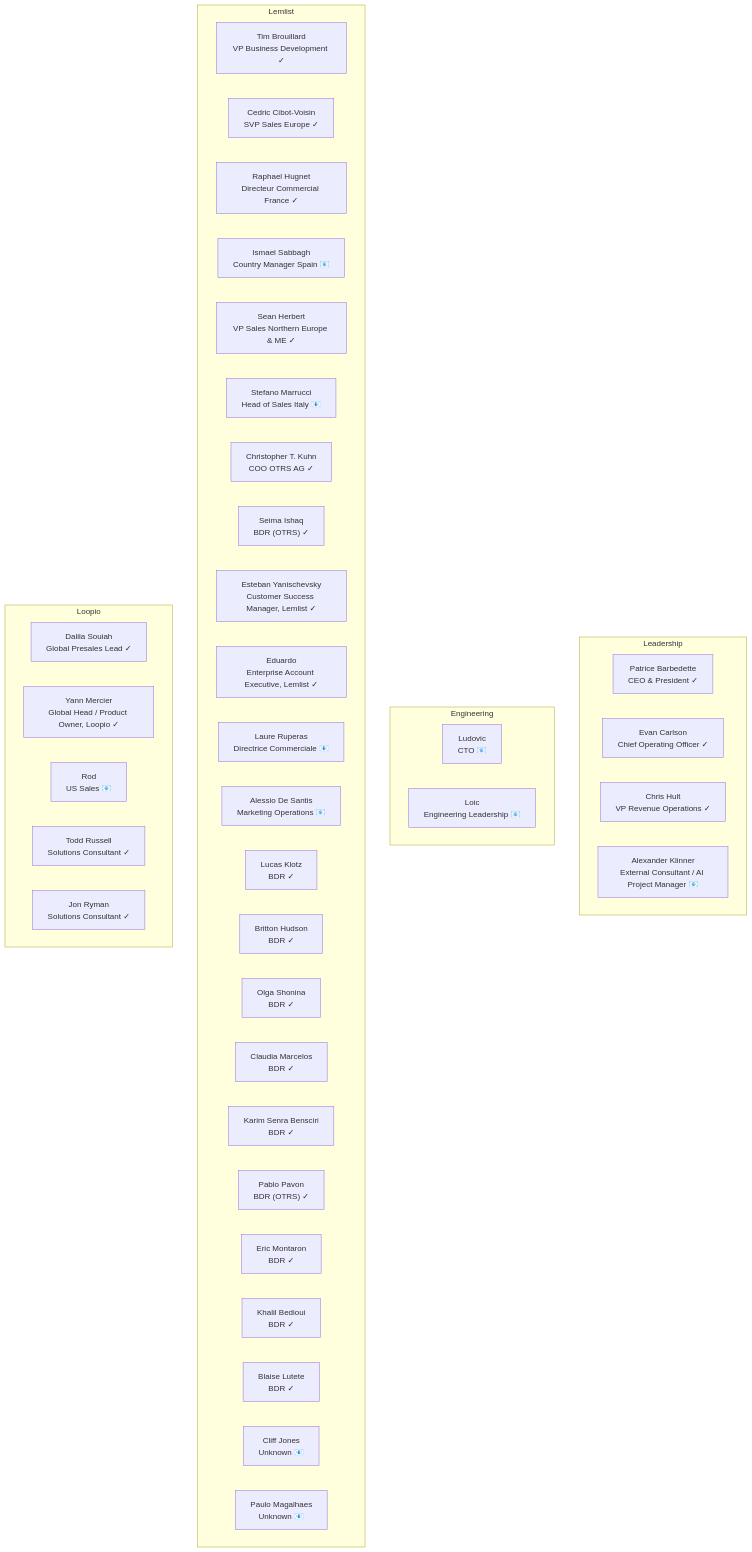
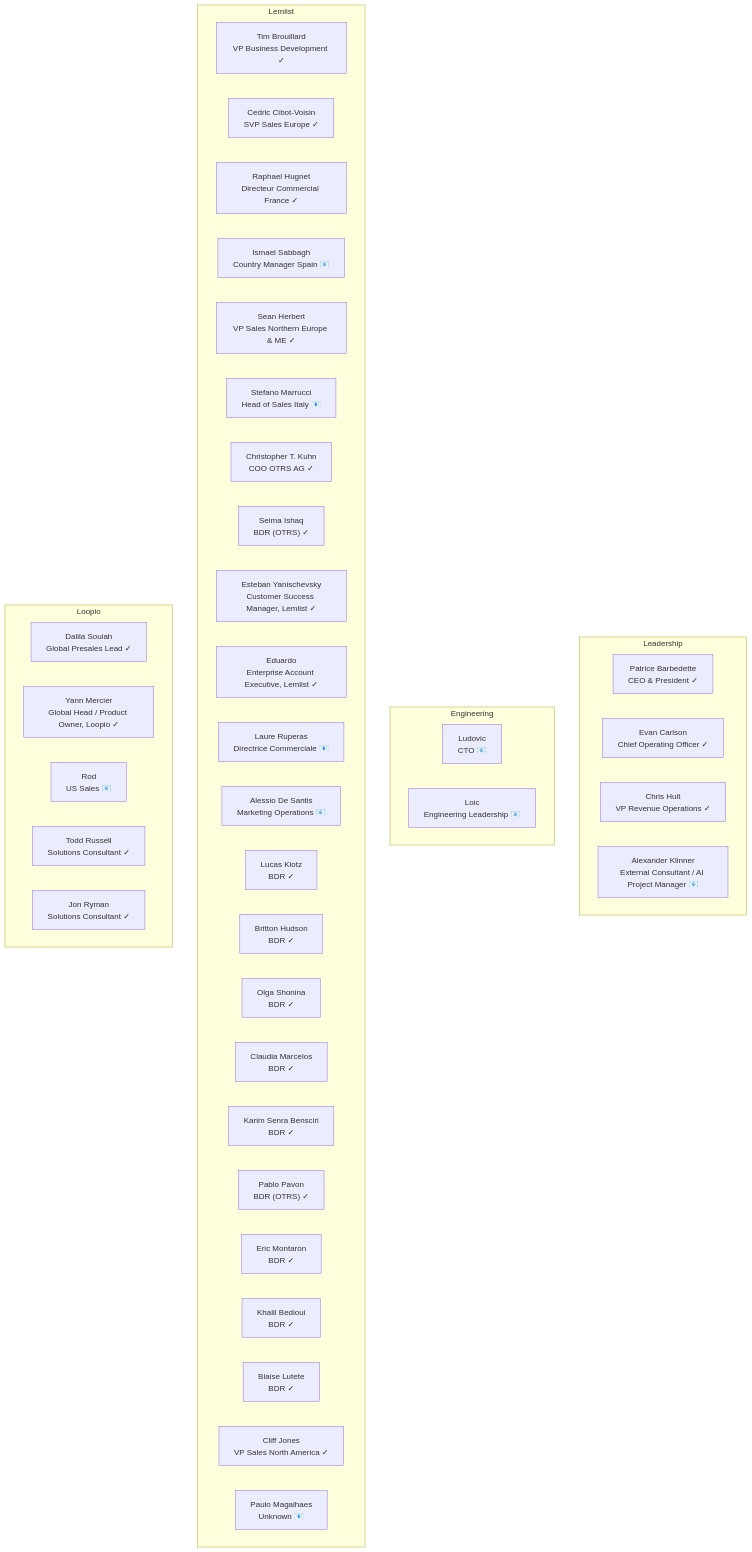
The diagram in clients/easyvista/easyvista-stakeholders.mermaid (pqsoccerboy17/EasyVista), drawn with Mermaid before and after one commit. The commit also changed 5 other files, not shown here.

First line of the commit message:
feat: dynamic date badges for portal timeline and milestones

````diff
--- a/clients/easyvista/easyvista-stakeholders.mermaid
+++ b/clients/easyvista/easyvista-stakeholders.mermaid
@@ -1,45 +1,45 @@
 ```mermaid
 flowchart TB
     subgraph Leadership
         Patrice_Barbedette["Patrice Barbedette<br/>CEO & President ✓"]
         Evan_Carlson["Evan Carlson<br/>Chief Operating Officer ✓"]
         Chris_Hult["Chris Hult<br/>VP Revenue Operations ✓"]
         Alexander_Klinner["Alexander Klinner<br/>External Consultant / AI Project Manager 📧"]
     end
     subgraph Engineering
         Ludovic["Ludovic<br/>CTO 📧"]
         Loic["Loic<br/>Engineering Leadership 📧"]
     end
     subgraph Lemlist
         Tim_Brouillard["Tim Brouillard<br/>VP Business Development ✓"]
         Cedric_Cibot-Voisin["Cedric Cibot-Voisin<br/>SVP Sales Europe ✓"]
         Raphael_Hugnet["Raphael Hugnet<br/>Directeur Commercial France ✓"]
         Ismael_Sabbagh["Ismael Sabbagh<br/>Country Manager Spain 📧"]
         Sean_Herbert["Sean Herbert<br/>VP Sales Northern Europe & ME ✓"]
         Stefano_Marrucci["Stefano Marrucci<br/>Head of Sales Italy 📧"]
         Christopher_T._Kuhn["Christopher T. Kuhn<br/>COO OTRS AG ✓"]
         Seima_Ishaq["Seima Ishaq<br/>BDR (OTRS) ✓"]
         Esteban_Yanischevsky["Esteban Yanischevsky<br/>Customer Success Manager, Lemlist ✓"]
         Eduardo["Eduardo<br/>Enterprise Account Executive, Lemlist ✓"]
         Laure_Ruperas["Laure Ruperas<br/>Directrice Commerciale 📧"]
         Alessio_De_Santis["Alessio De Santis<br/>Marketing Operations 📧"]
         Lucas_Klotz["Lucas Klotz<br/>BDR ✓"]
         Britton_Hudson["Britton Hudson<br/>BDR ✓"]
         Olga_Shonina["Olga Shonina<br/>BDR ✓"]
         Claudia_Marcelos["Claudia Marcelos<br/>BDR ✓"]
         Karim_Senra_Bensciri["Karim Senra Bensciri<br/>BDR ✓"]
         Pablo_Pavon["Pablo Pavon<br/>BDR (OTRS) ✓"]
         Eric_Montaron["Eric Montaron<br/>BDR ✓"]
         Khalil_Bedioui["Khalil Bedioui<br/>BDR ✓"]
         Blaise_Lutete["Blaise Lutete<br/>BDR ✓"]
-        Cliff_Jones["Cliff Jones<br/>Unknown 📧"]
+        Cliff_Jones["Cliff Jones<br/>VP Sales North America ✓"]
         Paulo_Magalhaes["Paulo Magalhaes<br/>Unknown 📧"]
     end
     subgraph Loopio
         Dalila_Souiah["Dalila Souiah<br/>Global Presales Lead ✓"]
         Yann_Mercier["Yann Mercier<br/>Global Head / Product Owner, Loopio ✓"]
         Rod["Rod<br/>US Sales 📧"]
         Todd_Russell["Todd Russell<br/>Solutions Consultant ✓"]
         Jon_Ryman["Jon Ryman<br/>Solutions Consultant ✓"]
     end
 ```
````
